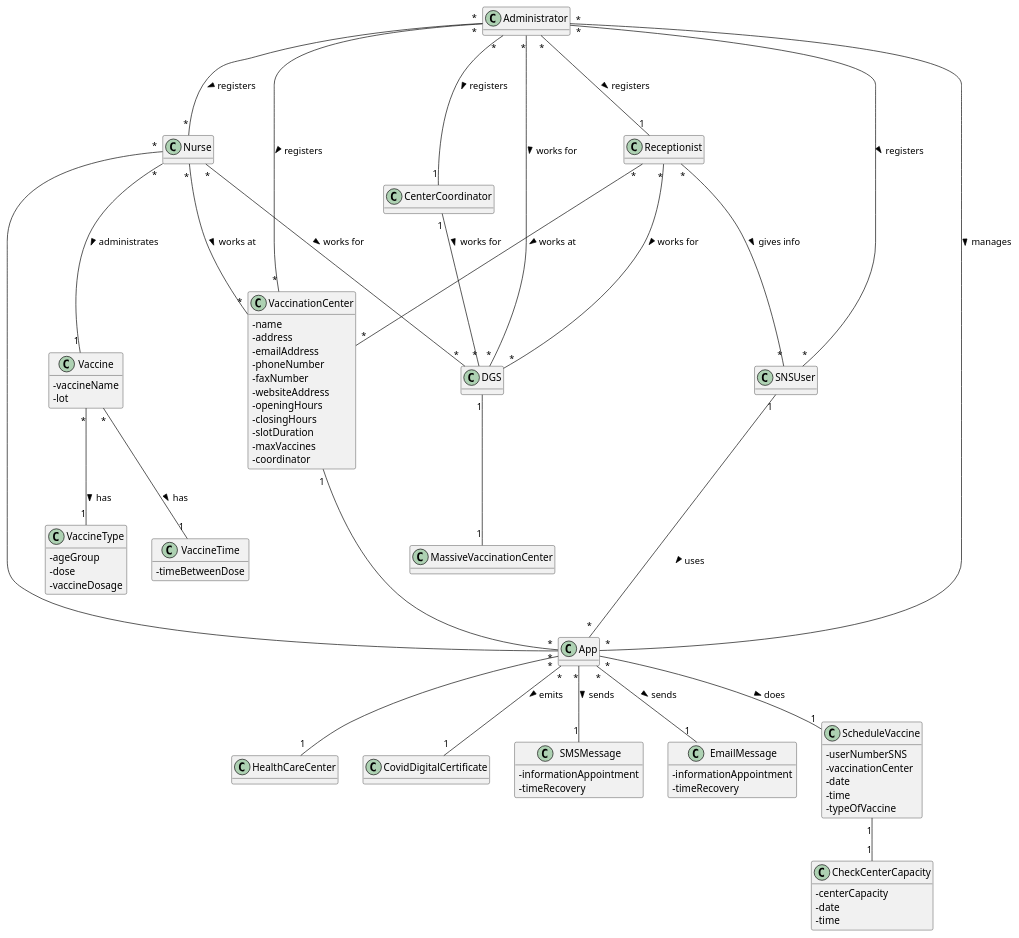
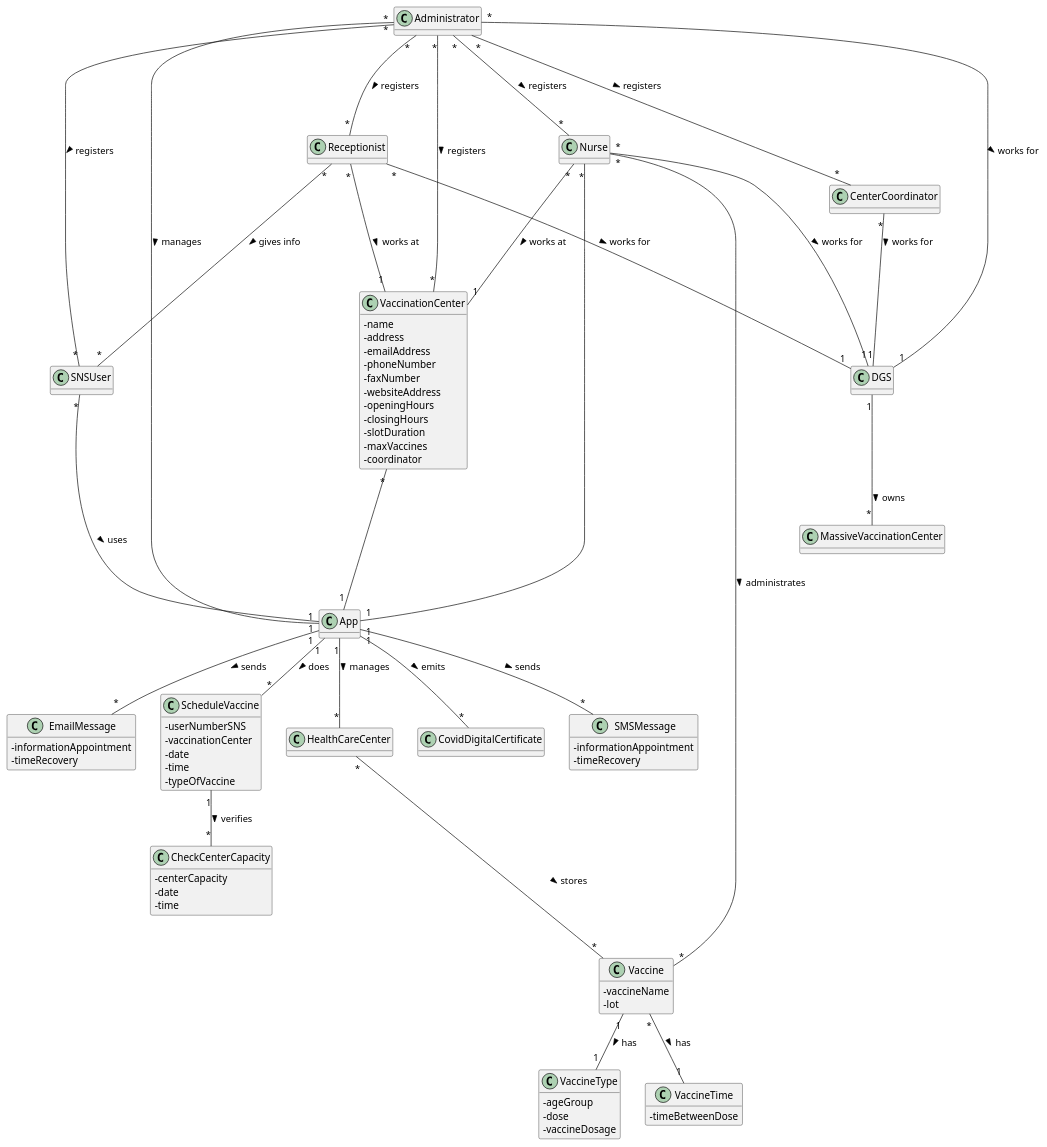
Before and after one commit to PedroMesquita1211171/VaccinationManager: the diagram in docs/SprintA/DM.puml, drawn with PlantUML. The commit also changed 3 other files, not shown here.

```diff
--- a/docs/SprintA/DM.puml
+++ b/docs/SprintA/DM.puml
@@ -1,117 +1,118 @@
 @startuml
 skinparam classAttributeIconSize 0
 hide methods
 
 class Administrator{
 }
 
 class Nurse{
 }
 
 class SNSUser{
 }
 
 class Receptionist{
 }
 
 class CenterCoordinator{
 }
 
 class HealthCareCenter {
 }
 
 class DGS {
 }
 
 class MassiveVaccinationCenter {
 }
 
 class CovidDigitalCertificate {
 }
 
 class App{
 }
 
 class SMSMessage {
 - informationAppointment
 - timeRecovery
 }
 
 class EmailMessage {
 - informationAppointment
 - timeRecovery
 }
 
 class Vaccine {
 - vaccineName
 - lot
 }
 
 class VaccineType {
 - ageGroup
 - dose
 - vaccineDosage
 }
 
 class VaccineTime {
 - timeBetweenDose
 }
 
 class CheckCenterCapacity {
 - centerCapacity
 - date
 - time
 }
 
 class ScheduleVaccine {
 - userNumberSNS
 - vaccinationCenter
 - date
 - time
 - typeOfVaccine
 }
 
 class VaccinationCenter {
   - name
   - address
   - emailAddress
   - phoneNumber
   - faxNumber
   - websiteAddress
   - openingHours
   - closingHours
   - slotDuration
   - maxVaccines
   - coordinator
 }
 
 Administrator "*"---"*" Nurse : registers >
-Administrator "*"---"1" CenterCoordinator : registers >
-Administrator "*"---"1" Receptionist : registers >
+Administrator "*"---"*" CenterCoordinator : registers >
+Administrator "*"---"*" Receptionist : registers >
 Administrator "*"---"*" SNSUser : registers >
 Administrator "*"---"*" VaccinationCenter : registers >
-Administrator "*"---"*" App : manages >
-Administrator "*"---"*" DGS : works for >
-SNSUser "1"---"*" App : uses >
-VaccinationCenter "1"---"*" App
-Nurse "*"---"*" App
-Nurse "*"---"*" DGS : works for >
-Nurse "*"---"1" Vaccine : administrates >
-Nurse "*"---"*" VaccinationCenter : works at >
+Administrator "*"---"1" App : manages >
+Administrator "*"---"1" DGS : works for >
+SNSUser "*"---"1" App : uses >
+VaccinationCenter "*"---"1" App
+Nurse "*"---"1" App
+Nurse "*"---"1" DGS : works for >
+Nurse "*"---"*" Vaccine : administrates >
+Nurse "*"---"1" VaccinationCenter : works at >
 Receptionist "*"---"*" SNSUser : gives info >
-Receptionist "*"---"*" VaccinationCenter : works at >
-Receptionist "*"---"*" DGS : works for >
-CenterCoordinator "1"--"*" DGS : works for >
-DGS "1"--"1" MassiveVaccinationCenter
-Vaccine "*"--"1" VaccineType : has >
+Receptionist "*"---"1" VaccinationCenter : works at >
+Receptionist "*"---"1" DGS : works for >
+CenterCoordinator "*"--"1" DGS : works for >
+DGS "1"--"*" MassiveVaccinationCenter : owns >
+Vaccine "1"--"1" VaccineType : has >
 Vaccine "*"--"1" VaccineTime : has >
-App "*"--"1" ScheduleVaccine : does >
-App "*"--"1" SMSMessage : sends >
-App "*"--"1" HealthCareCenter
-App "*"--"1" CovidDigitalCertificate : emits >
-App "*"--"1" EmailMessage : sends >
-ScheduleVaccine "1"--"1" CheckCenterCapacity
+App "1"--"*" ScheduleVaccine : does >
+App "1"--"*" SMSMessage : sends >
+App "1"--"*" HealthCareCenter : manages >
+App "1"--"*" CovidDigitalCertificate : emits >
+App "1"--"*" EmailMessage : sends >
+ScheduleVaccine "1"--"*" CheckCenterCapacity : verifies >
+HealthCareCenter "*"---"*" Vaccine : stores >
 
 
 
 @endum
```
